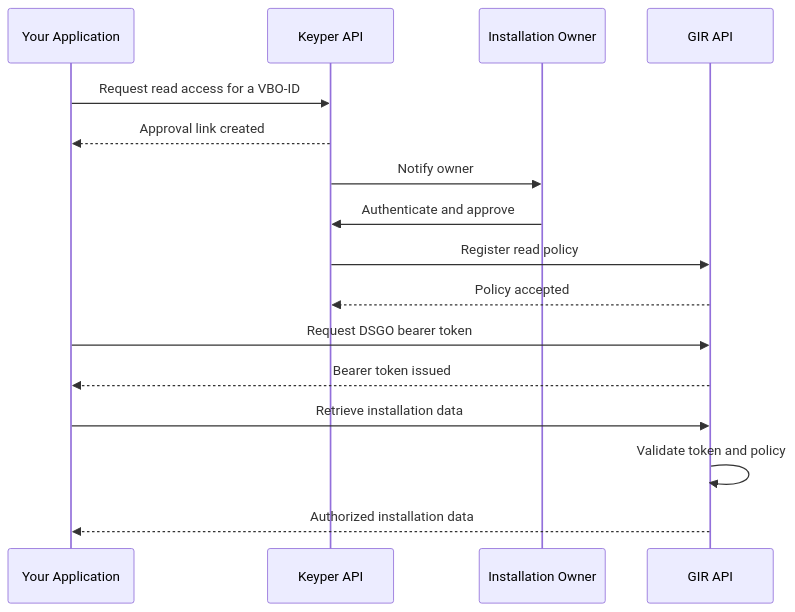
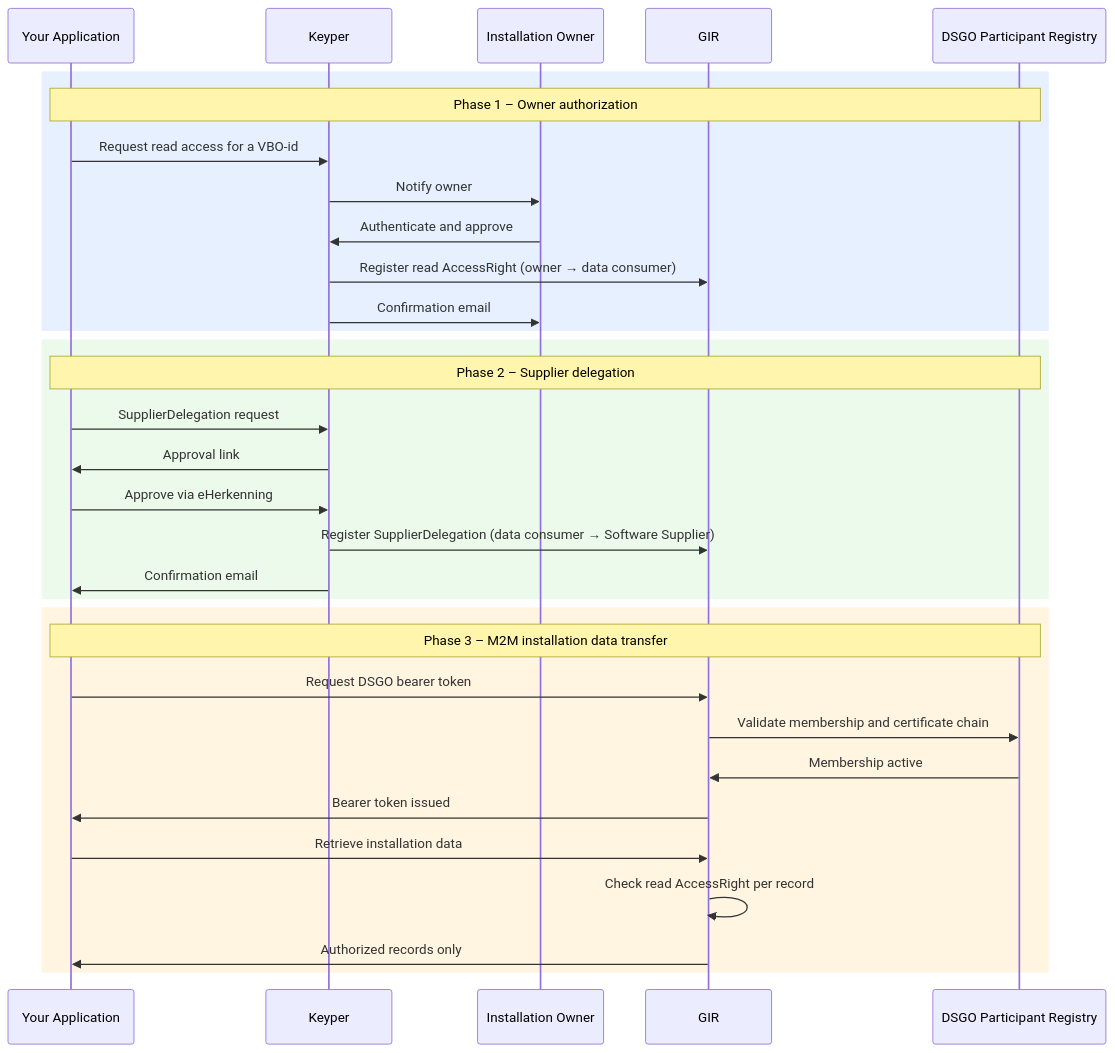
Before and after one commit to POORT8/Poort8.Docs: the diagram in gir/data-consumer-flow.md, drawn with Mermaid. The commit also changed other lines of this file and 35 other files, not shown here.

````diff
--- a/gir/data-consumer-flow.md
+++ b/gir/data-consumer-flow.md
@@ -26,21 +20,37 @@
 ```mermaid
 sequenceDiagram
-    participant App as Your Application
-    participant Keyper as Keyper API
-    participant Owner as Installation Owner
-    participant GIR as GIR API
+    participant app as Your Application
+    participant keyper as Keyper
+    participant owner as Installation Owner
+    participant gir as GIR
+    participant sat as DSGO Participant Registry
 
-    App->>Keyper: Request read access for a VBO-ID
-    Keyper-->>App: Approval link created
-    Keyper->>Owner: Notify owner
-    Owner->>Keyper: Authenticate and approve
-    Keyper->>GIR: Register read policy
-    GIR-->>Keyper: Policy accepted
+    rect rgb(230, 240, 255)
+    note over app,sat: Phase 1 – Owner authorization
+    app->>keyper: Request read access for a VBO-id
+    keyper->>owner: Notify owner
+    owner->>keyper: Authenticate and approve
+    keyper->>gir: Register read AccessRight (owner → data consumer)
+    keyper->>owner: Confirmation email
+    end
 
-    App->>GIR: Request DSGO bearer token
-    GIR-->>App: Bearer token issued
+    rect rgb(235, 250, 235)
+    note over app,sat: Phase 2 – Supplier delegation
+    app->>keyper: SupplierDelegation request
+    keyper->>app: Approval link
+    app->>keyper: Approve via eHerkenning
+    keyper->>gir: Register SupplierDelegation (data consumer → Software Supplier)
+    keyper->>app: Confirmation email
+    end
 
-    App->>GIR: Retrieve installation data
-    GIR->>GIR: Validate token and policy
-    GIR-->>App: Authorized installation data
+    rect rgb(255, 245, 225)
+    note over app,sat: Phase 3 – M2M installation data transfer
+    app->>gir: Request DSGO bearer token
+    gir->>sat: Validate membership and certificate chain
+    sat->>gir: Membership active
+    gir->>app: Bearer token issued
+    app->>gir: Retrieve installation data
+    gir->>gir: Check read AccessRight per record
+    gir->>app: Authorized records only
+    end
 ```
````
